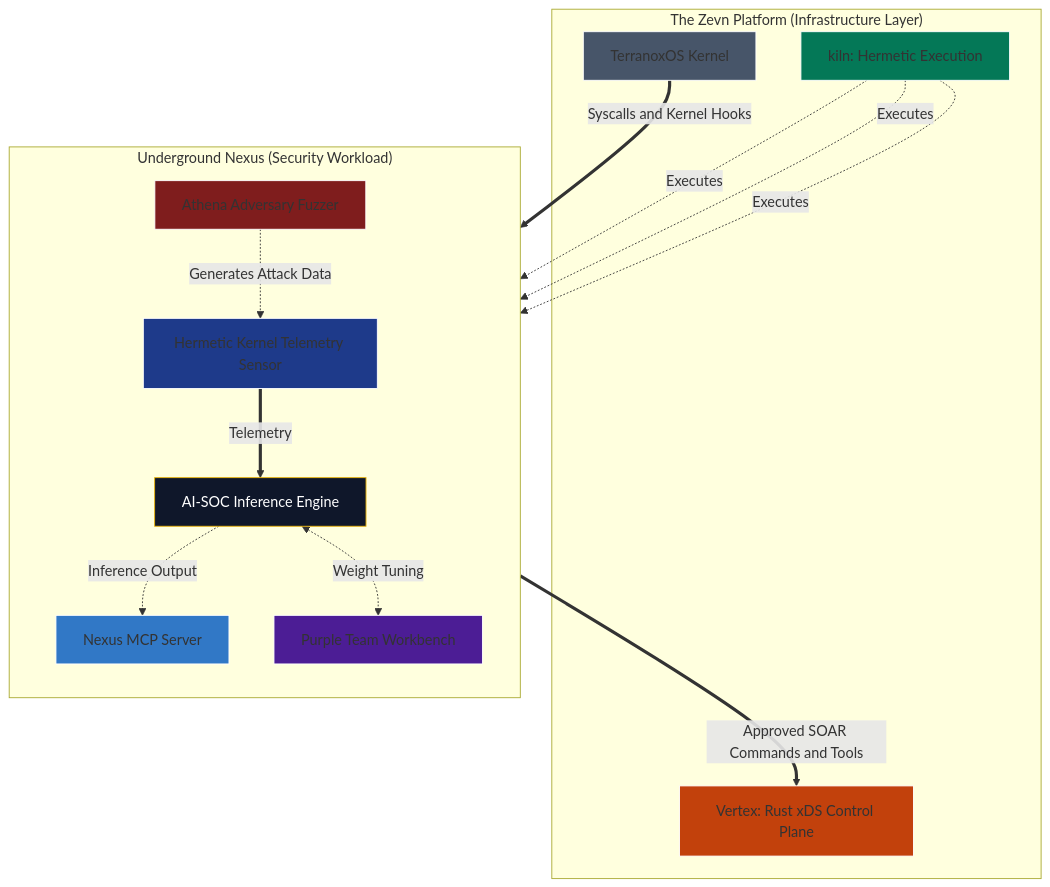
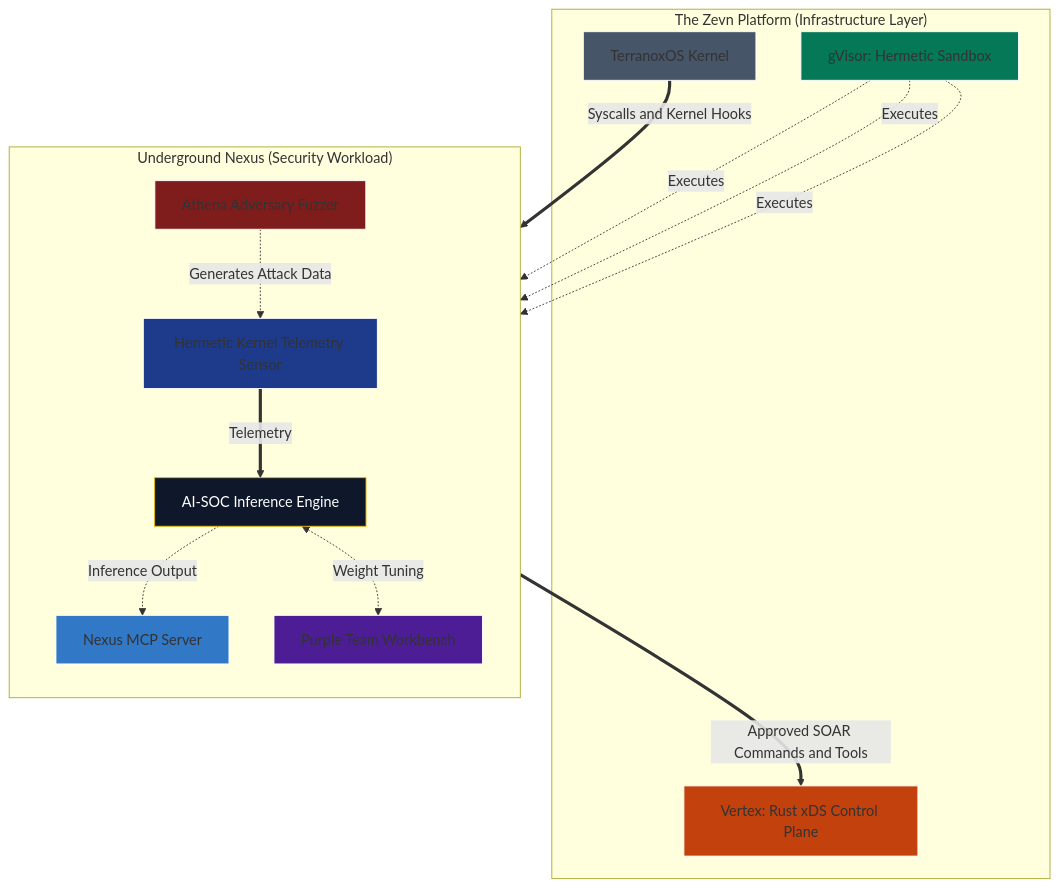
One commit to acald-creator/core-nexus changed the diagram in docs/architecture/04-ai-native-zevn-proposal.md. Above: the diagram before and after it, drawn with Mermaid. The commit also changed other lines of this file and 8 other files, not shown here.

Commit message:
docs: pivot phase 2 architecture from custom kiln engine to gVisor runsc

````diff
--- a/docs/architecture/04-ai-native-zevn-proposal.md
+++ b/docs/architecture/04-ai-native-zevn-proposal.md
@@ -53,39 +53,39 @@
 ```mermaid
 graph TD
     subgraph "The Zevn Platform (Infrastructure Layer)"
         Z1[TerranoxOS Kernel]
-        Z2[kiln: Hermetic Execution]
+        Z2[gVisor: Hermetic Sandbox]
         Z3[Vertex: Rust xDS Control Plane]
     end
 
     subgraph "Underground Nexus (Security Workload)"
         direction TB
 
         A[Hermetic Kernel Telemetry Sensor]
         B[AI-SOC Inference Engine]
         C[Nexus MCP Server]
         D[Purple Team Workbench]
         E[Athena Adversary Fuzzer]
 
         A ==>|Telemetry| B
         E -.->|Generates Attack Data| A
         B -.->|Inference Output| C
         B <.->|Weight Tuning| D
     end
 
     Z1 ==>|Syscalls and Kernel Hooks| A
     C ==>|Approved SOAR Commands and Tools| Z3
     Z2 -.->|Executes| A
     Z2 -.->|Executes| B
     Z2 -.->|Executes| E
 
     style A fill:#1e3a8a,stroke:#fff
     style B fill:#0f172a,stroke:#eab308,color:#fff
     style C fill:#3178c6,stroke:#fff
     style D fill:#4c1d95,stroke:#fff
     style E fill:#7f1d1d,stroke:#fff
 
     style Z1 fill:#475569,stroke:#fff
     style Z2 fill:#047857,stroke:#fff
     style Z3 fill:#c2410c,stroke:#fff
 ```
````
